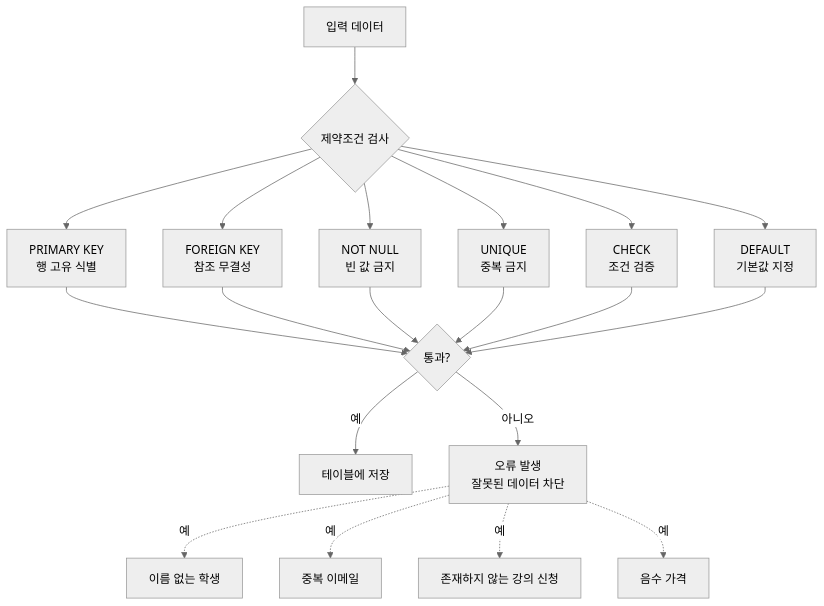
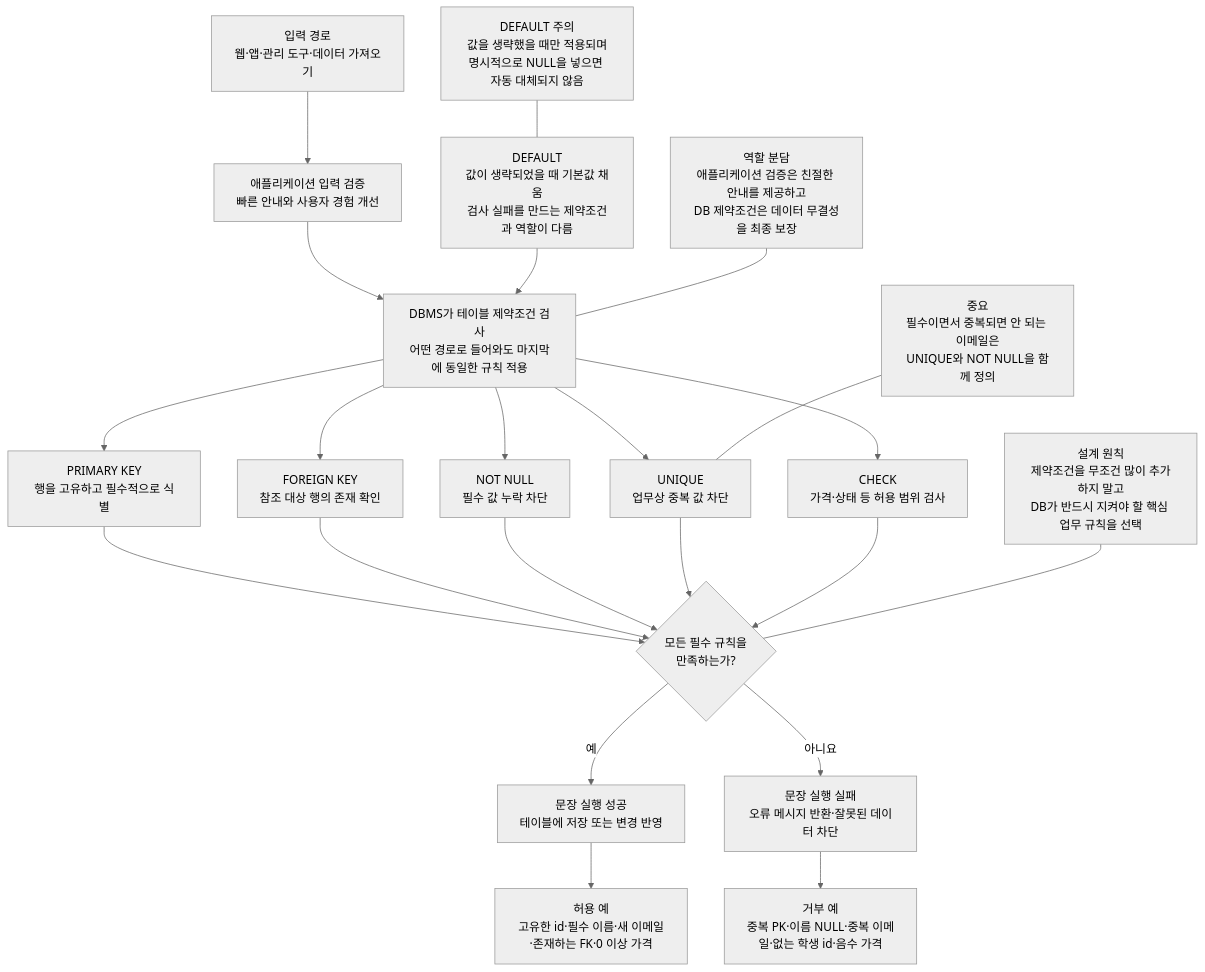
Before and after one commit to GilbertMoon/ai-database-book: the diagram in images/chapter02/ch02_07_constraints_guardrail.mmd, drawn with Mermaid (neutral theme).

Commit message:
Refine chapter 2 constraints guardrail source

```diff
--- a/images/chapter02/ch02_07_constraints_guardrail.mmd
+++ b/images/chapter02/ch02_07_constraints_guardrail.mmd
@@ -1,24 +1,28 @@
-flowchart TD
-    A[입력 데이터] --> B{제약조건 검사}
+flowchart TB
+    A[입력 경로<br/>웹·앱·관리 도구·데이터 가져오기] --> B[애플리케이션 입력 검증<br/>빠른 안내와 사용자 경험 개선]
+    B --> C[DBMS가 테이블 제약조건 검사<br/>어떤 경로로 들어와도 마지막에 동일한 규칙 적용]
 
-    B --> C[PRIMARY KEY<br/>행 고유 식별]
-    B --> D[FOREIGN KEY<br/>참조 무결성]
-    B --> E[NOT NULL<br/>빈 값 금지]
-    B --> F[UNIQUE<br/>중복 금지]
-    B --> G[CHECK<br/>조건 검증]
-    B --> H[DEFAULT<br/>기본값 지정]
+    C --> P[PRIMARY KEY<br/>행을 고유하고 필수적으로 식별]
+    C --> F[FOREIGN KEY<br/>참조 대상 행의 존재 확인]
+    C --> N[NOT NULL<br/>필수 값 누락 차단]
+    C --> U[UNIQUE<br/>업무상 중복 값 차단]
+    C --> K[CHECK<br/>가격·상태 등 허용 범위 검사]
 
-    C --> I{통과?}
-    D --> I
-    E --> I
-    F --> I
-    G --> I
-    H --> I
+    D[DEFAULT<br/>값이 생략되었을 때 기본값 채움<br/>검사 실패를 만드는 제약조건과 역할이 다름] --> C
 
-    I -- 예 --> J[테이블에 저장]
-    I -- 아니오 --> K[오류 발생<br/>잘못된 데이터 차단]
+    P --> G{모든 필수 규칙을<br/>만족하는가?}
+    F --> G
+    N --> G
+    U --> G
+    K --> G
 
-    K -. 예 .-> K1[이름 없는 학생]
-    K -. 예 .-> K2[중복 이메일]
-    K -. 예 .-> K3[존재하지 않는 강의 신청]
-    K -. 예 .-> K4[음수 가격]
+    G -- 예 --> S[문장 실행 성공<br/>테이블에 저장 또는 변경 반영]
+    G -- 아니요 --> X[문장 실행 실패<br/>오류 메시지 반환·잘못된 데이터 차단]
+
+    S --> E1[허용 예<br/>고유한 id·필수 이름·새 이메일·존재하는 FK·0 이상 가격]
+    X --> E2[거부 예<br/>중복 PK·이름 NULL·중복 이메일·없는 학생 id·음수 가격]
+
+    N1[중요<br/>필수이면서 중복되면 안 되는 이메일은<br/>UNIQUE와 NOT NULL을 함께 정의] --- U
+    N2[DEFAULT 주의<br/>값을 생략했을 때만 적용되며<br/>명시적으로 NULL을 넣으면 자동 대체되지 않음] --- D
+    N3[역할 분담<br/>애플리케이션 검증은 친절한 안내를 제공하고<br/>DB 제약조건은 데이터 무결성을 최종 보장] --- C
+    N4[설계 원칙<br/>제약조건을 무조건 많이 추가하지 말고<br/>DB가 반드시 지켜야 할 핵심 업무 규칙을 선택] --- G
```
